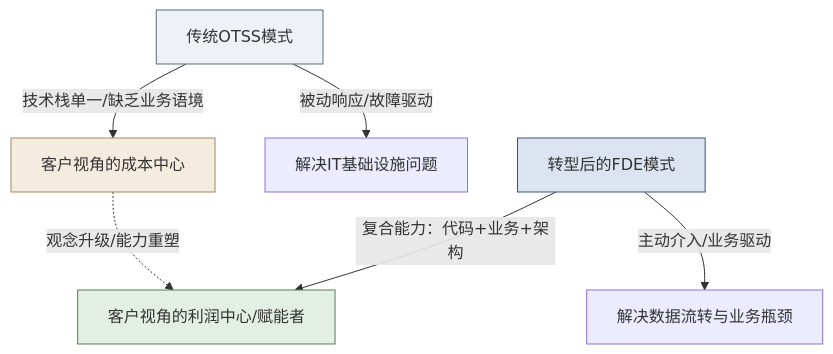
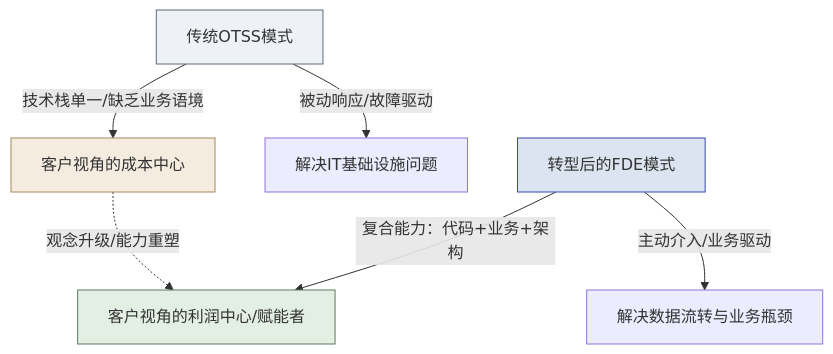
The third of 4 diagrams in textbook/第13章_中国云服务商的FDE实践图谱.md (cloudzun/fde-course), drawn with Mermaid before and after one commit. The commit also changed other lines of this file and 12 other files, not shown here.

Commit message:
style: 全库21张mermaid图规范化——节点ID语义化+品牌色统一+补齐图注，第11章新增反馈环路图

````diff
--- a/textbook/第13章_中国云服务商的FDE实践图谱.md
+++ b/textbook/第13章_中国云服务商的FDE实践图谱.md
@@ -173,15 +175,15 @@
 ```mermaid
 graph TD
-    A["传统OTSS模式"] -->|被动响应/故障驱动| B["解决IT基础设施问题"]
-    A -->|技术栈单一/缺乏业务语境| C["客户视角的成本中心"]
+    otss["传统OTSS模式"] -->|被动响应/故障驱动| it["解决IT基础设施问题"]
+    otss -->|技术栈单一/缺乏业务语境| cost["客户视角的成本中心"]
     
-    D["转型后的FDE模式"] -->|主动介入/业务驱动| E["解决数据流转与业务瓶颈"]
-    D -->|复合能力：代码+业务+架构| F["客户视角的利润中心/赋能者"]
+    fde_m["转型后的FDE模式"] -->|主动介入/业务驱动| biz["解决数据流转与业务瓶颈"]
+    fde_m -->|复合能力：代码+业务+架构| profit["客户视角的利润中心/赋能者"]
     
-    C -.->|"观念升级/能力重塑"| F
+    cost -.->|"观念升级/能力重塑"| profit
 
-    style C fill:#f5ece0,stroke:#a8895f
-    style F fill:#e4efe4,stroke:#5b7a5b
-    style A fill:#eef2f7,stroke:#5a6b7f
-    style D fill:#dbe4f0,stroke:#3a5578
+    style cost fill:#f5ece0,stroke:#a8895f
+    style profit fill:#e4efe4,stroke:#5b7a5b
+    style otss fill:#eef2f7,stroke:#5a6b7f
+    style fde_m fill:#dbe4f0,stroke:#3949ab
 ```
````
